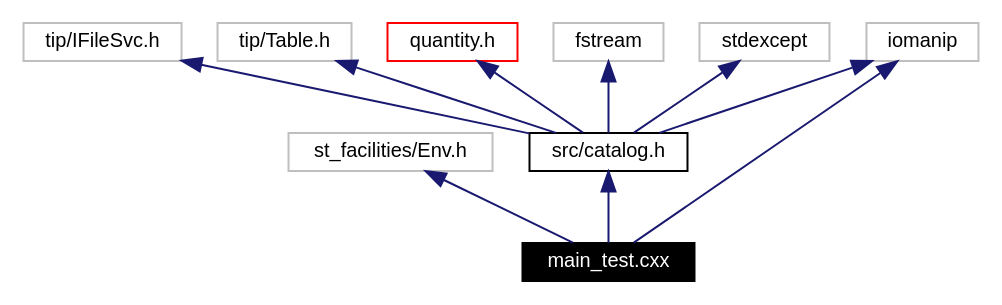
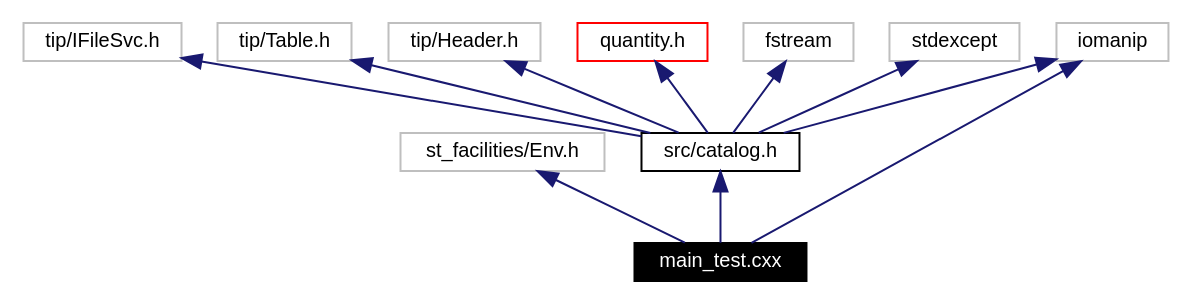
The diagram in doc/doxy-html/main__test_8cxx__incl.dot (fermi-lat/catalogAccess), drawn with Graphviz before and after one commit. The commit also changed 55 other files, not shown here.

```diff
--- a/doc/doxy-html/main__test_8cxx__incl.dot
+++ b/doc/doxy-html/main__test_8cxx__incl.dot
@@ -1,21 +1,23 @@
 digraph inheritance
 {
-  Node56 [shape="box",label="main_test.cxx",fontsize=10,height=0.2,width=0.4,fontname="Helvetica",color="black",style="filled" fontcolor="white"];
-  Node57 -> Node56 [dir=back,color="midnightblue",fontsize=10,style="solid",fontname="Helvetica"];
-  Node57 [shape="box",label="st_facilities/Env.h",fontsize=10,height=0.2,width=0.4,fontname="Helvetica",color="grey75"];
-  Node58 -> Node56 [dir=back,color="midnightblue",fontsize=10,style="solid",fontname="Helvetica"];
-  Node58 [shape="box",label="src/catalog.h",fontsize=10,height=0.2,width=0.4,fontname="Helvetica",color="black",URL="$catalog_8h.html"];
-  Node59 -> Node58 [dir=back,color="midnightblue",fontsize=10,style="solid",fontname="Helvetica"];
-  Node59 [shape="box",label="tip/IFileSvc.h",fontsize=10,height=0.2,width=0.4,fontname="Helvetica",color="grey75"];
-  Node60 -> Node58 [dir=back,color="midnightblue",fontsize=10,style="solid",fontname="Helvetica"];
-  Node60 [shape="box",label="tip/Table.h",fontsize=10,height=0.2,width=0.4,fontname="Helvetica",color="grey75"];
-  Node61 -> Node58 [dir=back,color="midnightblue",fontsize=10,style="solid",fontname="Helvetica"];
-  Node61 [shape="box",label="quantity.h",fontsize=10,height=0.2,width=0.4,fontname="Helvetica",color="red",URL="$quantity_8h.html"];
-  Node66 -> Node58 [dir=back,color="midnightblue",fontsize=10,style="solid",fontname="Helvetica"];
-  Node66 [shape="box",label="fstream",fontsize=10,height=0.2,width=0.4,fontname="Helvetica",color="grey75"];
-  Node67 -> Node58 [dir=back,color="midnightblue",fontsize=10,style="solid",fontname="Helvetica"];
-  Node67 [shape="box",label="iomanip",fontsize=10,height=0.2,width=0.4,fontname="Helvetica",color="grey75"];
-  Node68 -> Node58 [dir=back,color="midnightblue",fontsize=10,style="solid",fontname="Helvetica"];
-  Node68 [shape="box",label="stdexcept",fontsize=10,height=0.2,width=0.4,fontname="Helvetica",color="grey75"];
-  Node67 -> Node56 [dir=back,color="midnightblue",fontsize=10,style="solid",fontname="Helvetica"];
+  Node74 [shape="box",label="main_test.cxx",fontsize=10,height=0.2,width=0.4,fontname="Helvetica",color="black",style="filled" fontcolor="white"];
+  Node75 -> Node74 [dir=back,color="midnightblue",fontsize=10,style="solid",fontname="Helvetica"];
+  Node75 [shape="box",label="st_facilities/Env.h",fontsize=10,height=0.2,width=0.4,fontname="Helvetica",color="grey75"];
+  Node76 -> Node74 [dir=back,color="midnightblue",fontsize=10,style="solid",fontname="Helvetica"];
+  Node76 [shape="box",label="src/catalog.h",fontsize=10,height=0.2,width=0.4,fontname="Helvetica",color="black",URL="$catalog_8h.html"];
+  Node77 -> Node76 [dir=back,color="midnightblue",fontsize=10,style="solid",fontname="Helvetica"];
+  Node77 [shape="box",label="tip/IFileSvc.h",fontsize=10,height=0.2,width=0.4,fontname="Helvetica",color="grey75"];
+  Node78 -> Node76 [dir=back,color="midnightblue",fontsize=10,style="solid",fontname="Helvetica"];
+  Node78 [shape="box",label="tip/Table.h",fontsize=10,height=0.2,width=0.4,fontname="Helvetica",color="grey75"];
+  Node79 -> Node76 [dir=back,color="midnightblue",fontsize=10,style="solid",fontname="Helvetica"];
+  Node79 [shape="box",label="tip/Header.h",fontsize=10,height=0.2,width=0.4,fontname="Helvetica",color="grey75"];
+  Node80 -> Node76 [dir=back,color="midnightblue",fontsize=10,style="solid",fontname="Helvetica"];
+  Node80 [shape="box",label="quantity.h",fontsize=10,height=0.2,width=0.4,fontname="Helvetica",color="red",URL="$quantity_8h.html"];
+  Node85 -> Node76 [dir=back,color="midnightblue",fontsize=10,style="solid",fontname="Helvetica"];
+  Node85 [shape="box",label="fstream",fontsize=10,height=0.2,width=0.4,fontname="Helvetica",color="grey75"];
+  Node86 -> Node76 [dir=back,color="midnightblue",fontsize=10,style="solid",fontname="Helvetica"];
+  Node86 [shape="box",label="iomanip",fontsize=10,height=0.2,width=0.4,fontname="Helvetica",color="grey75"];
+  Node87 -> Node76 [dir=back,color="midnightblue",fontsize=10,style="solid",fontname="Helvetica"];
+  Node87 [shape="box",label="stdexcept",fontsize=10,height=0.2,width=0.4,fontname="Helvetica",color="grey75"];
+  Node86 -> Node74 [dir=back,color="midnightblue",fontsize=10,style="solid",fontname="Helvetica"];
 }
```
